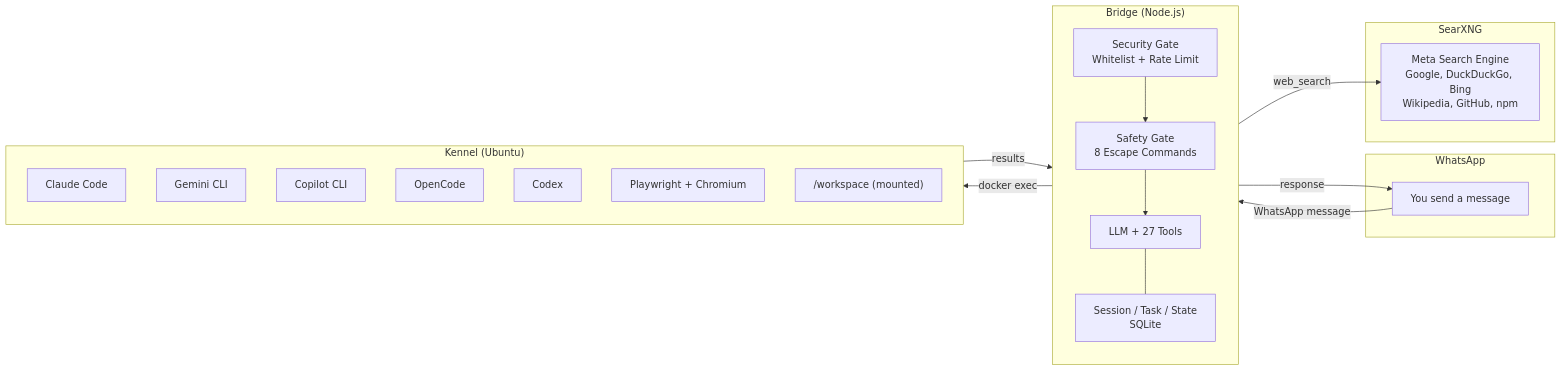
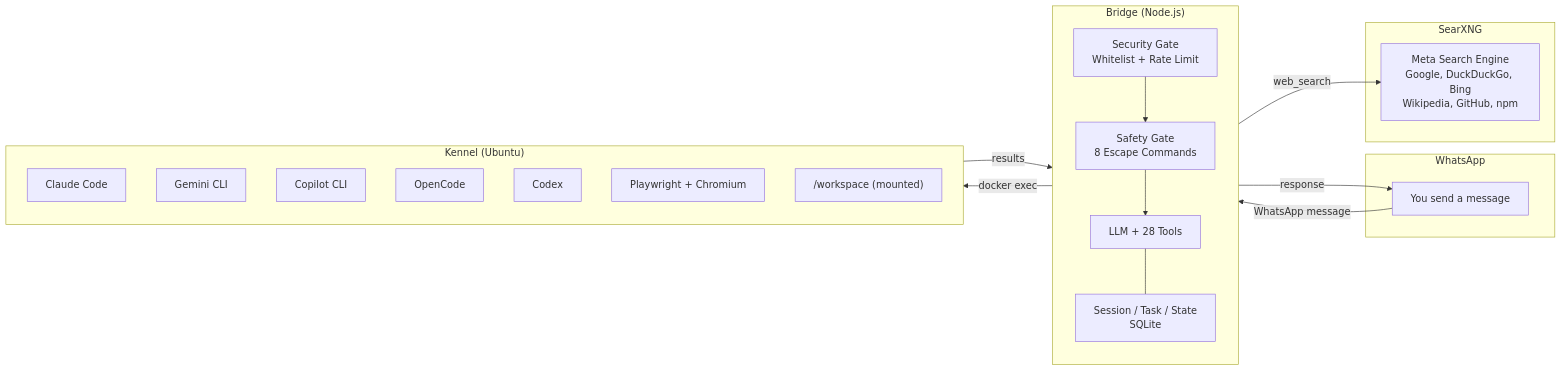
The diagram in README.md (Traves-Theberge/Fetch), drawn with Mermaid before and after one commit. The commit also changed other lines of this file and 5 other files, not shown here.

````diff
--- a/README.md
+++ b/README.md
@@ -41,37 +41,37 @@
 ```mermaid
 flowchart LR
     subgraph WhatsApp
         User["You send a message"]
     end
 
     subgraph Bridge["Bridge (Node.js)"]
         direction TB
         Security["Security Gate\nWhitelist + Rate Limit"]
         Safety["Safety Gate\n8 Escape Commands"]
-        LLM["LLM + 27 Tools"]
+        LLM["LLM + 28 Tools"]
         State["Session / Task / State\nSQLite"]
         Security --> Safety --> LLM
         LLM --- State
     end
 
     subgraph Kennel["Kennel (Ubuntu)"]
         direction TB
         Claude["Claude Code"]
         Gemini["Gemini CLI"]
         Copilot["Copilot CLI"]
         OpenCode["OpenCode"]
         Codex["Codex"]
         Playwright["Playwright + Chromium"]
         Workspace["/workspace (mounted)"]
     end
 
     subgraph Search["SearXNG"]
         SearX["Meta Search Engine\nGoogle, DuckDuckGo, Bing\nWikipedia, GitHub, npm"]
     end
 
     User -->|"WhatsApp message"| Security
     LLM -->|"docker exec"| Kennel
     LLM -->|"web_search"| SearX
     Kennel -->|"results"| LLM
     LLM -->|"response"| User
 ```
````
